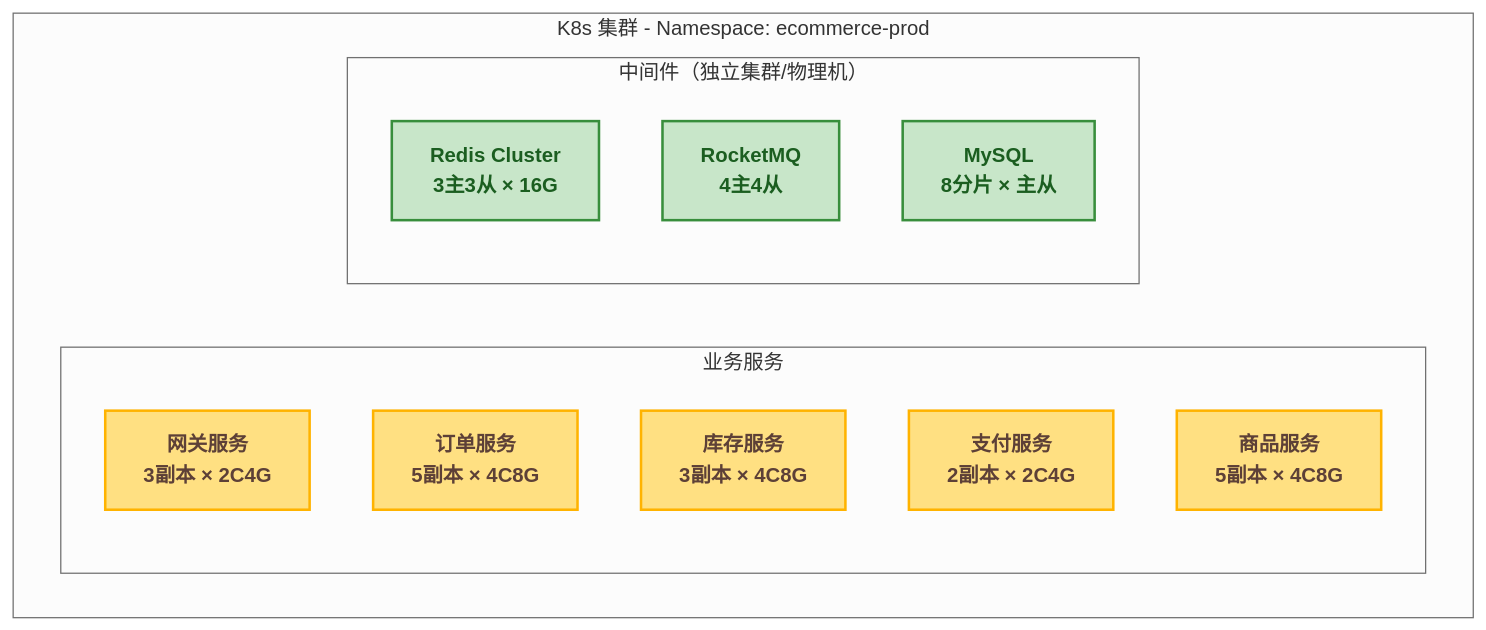
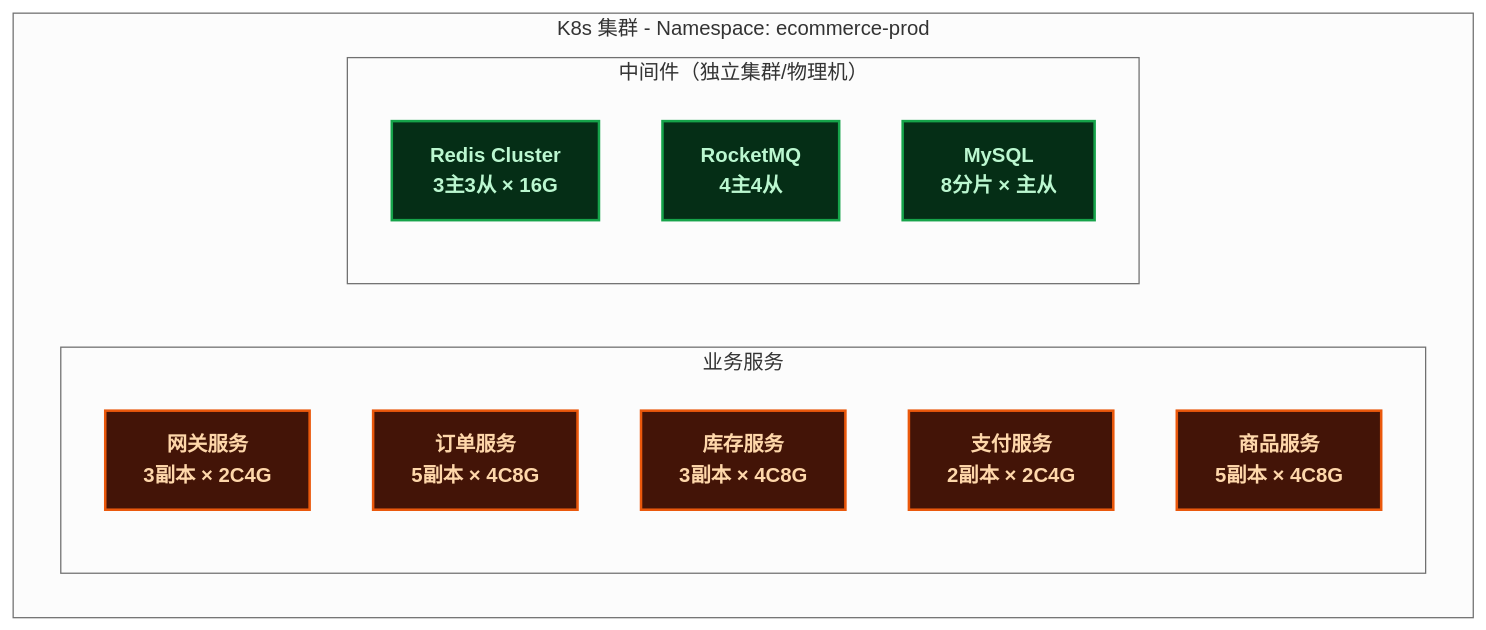
The tenth of 10 diagrams in content/posts/architecture/EcommerceSystemArchitecture.md (yaocat55/yaocat55.github.io), drawn with Mermaid (neutral theme) before and after one commit. The commit also changed other lines of this file and 155 other files, not shown here.

````diff
--- a/content/posts/architecture/EcommerceSystemArchitecture.md
+++ b/content/posts/architecture/EcommerceSystemArchitecture.md
@@ -995,28 +995,28 @@
 ```mermaid
 flowchart TD
     %% ==========================================
     %% 样式定义
     %% ==========================================
-    classDef infra fill:#1E88E5,stroke:#0D47A1,stroke-width:2px,color:#FFFFFF,font-weight:bold;
-    classDef svc fill:#FFE082,stroke:#FFB300,stroke-width:2px,color:#5D4037,font-weight:bold;
-    classDef mid fill:#C8E6C9,stroke:#388E3C,stroke-width:2px,color:#1B5E20,font-weight:bold;
+classDef infra fill:#0f172a,stroke:#3b82f6,stroke-width:2px,color:#bfdbfe,font-weight:bold;;
+classDef svc fill:#431407,stroke:#ea580c,stroke-width:2px,color:#fed7aa,font-weight:bold;;
+classDef mid fill:#052e16,stroke:#16a34a,stroke-width:2px,color:#bbf7d0,font-weight:bold;;
 
     subgraph K8S ["K8s 集群 - Namespace: ecommerce-prod"]
         subgraph SVC_GROUP ["业务服务"]
-            GW[网关服务<br/>3副本 × 2C4G]
-            ORDER[订单服务<br/>5副本 × 4C8G]
-            STOCK[库存服务<br/>3副本 × 4C8G]
-            PAY[支付服务<br/>2副本 × 2C4G]
-            PRODUCT[商品服务<br/>5副本 × 4C8G]
+            GW[网关服务\n3副本 × 2C4G]
+            ORDER[订单服务\n5副本 × 4C8G]
+            STOCK[库存服务\n3副本 × 4C8G]
+            PAY[支付服务\n2副本 × 2C4G]
+            PRODUCT[商品服务\n5副本 × 4C8G]
         end
 
         subgraph MID_GROUP ["中间件（独立集群/物理机）"]
-            REDIS_CLUSTER[Redis Cluster<br/>3主3从 × 16G]
-            MQ_CLUSTER[RocketMQ<br/>4主4从]
-            MYSQL_CLUSTER[MySQL<br/>8分片 × 主从]
+            REDIS_CLUSTER[Redis Cluster\n3主3从 × 16G]
+            MQ_CLUSTER[RocketMQ\n4主4从]
+            MYSQL_CLUSTER[MySQL\n8分片 × 主从]
         end
     end
 
     class GW,ORDER,STOCK,PAY,PRODUCT svc;
     class REDIS_CLUSTER,MQ_CLUSTER,MYSQL_CLUSTER mid;
 ```
````
